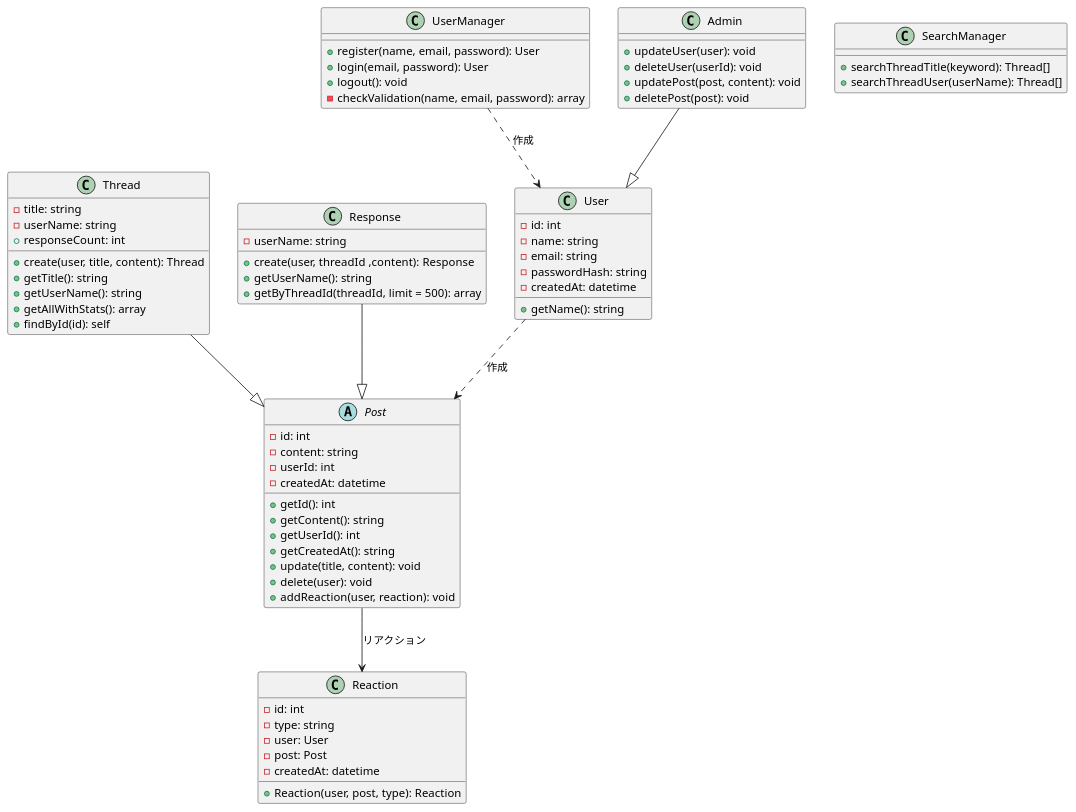
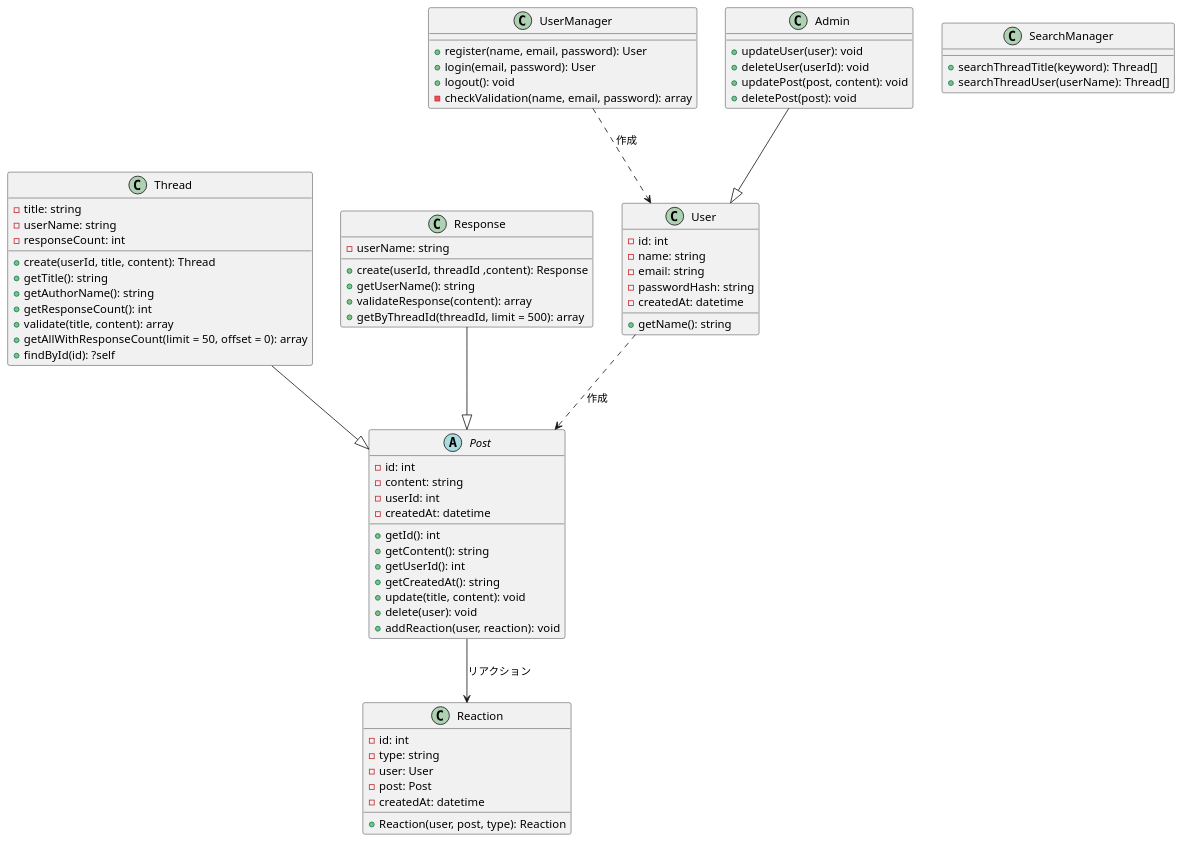
Before and after one commit to nanotech-soya-kousuke/bbs-app: the diagram in docs/設計/diagrams/class.puml, drawn with PlantUML.

Commit message:
Thread, Responseクラス修正

```diff
--- a/docs/設計/diagrams/class.puml
+++ b/docs/設計/diagrams/class.puml
@@ -1,78 +1,81 @@
 @startuml
 
 class User {
   - id: int
   - name: string
   - email: string
   - passwordHash: string
   - createdAt: datetime
   + getName(): string
 }
 
 class UserManager{
   + register(name, email, password): User
   + login(email, password): User
   + logout(): void
   - checkValidation(name, email, password): array
 }
 
 class SearchManager{
   + searchThreadTitle(keyword): Thread[]
   + searchThreadUser(userName): Thread[]
 }
 
 abstract class Post {
   - id: int
   - content: string
   - userId: int
   - createdAt: datetime
   + getId(): int
   + getContent(): string
   + getUserId(): int
   + getCreatedAt(): string
   + update(title, content): void
   + delete(user): void
   + addReaction(user, reaction): void
 }
 
 class Thread {
   - title: string
   - userName: string
-  + responseCount: int
-  + create(user, title, content): Thread
+  - responseCount: int
+  + create(userId, title, content): Thread
   + getTitle(): string
-  + getUserName(): string
-  + getAllWithStats(): array
-  + findById(id): self
+  + getAuthorName(): string
+  + getResponseCount(): int
+  + validate(title, content): array
+  + getAllWithResponseCount(limit = 50, offset = 0): array
+  + findById(id): ?self
 }
 
 class Response {
   - userName: string
-  + create(user, threadId ,content): Response
+  + create(userId, threadId ,content): Response
   + getUserName(): string
+  + validateResponse(content): array
   + getByThreadId(threadId, limit = 500): array
 }
 
 class Admin {
   + updateUser(user): void
   + deleteUser(userId): void
   + updatePost(post, content): void
   + deletePost(post): void
 }
 
 class Reaction {
   - id: int
   - type: string
   - user: User
   - post: Post
   - createdAt: datetime
   + Reaction(user, post, type): Reaction
 }
 
 User ..> Post : 作成
 Post --> Reaction : リアクション
 Thread --|> Post
 Response --|> Post
 Admin --|> User
 UserManager ..> User : 作成
 @enduml
```
